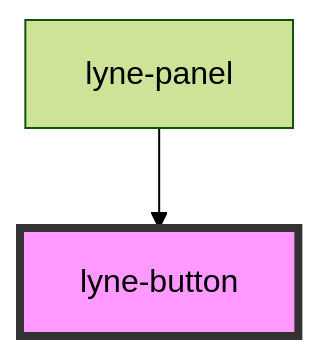
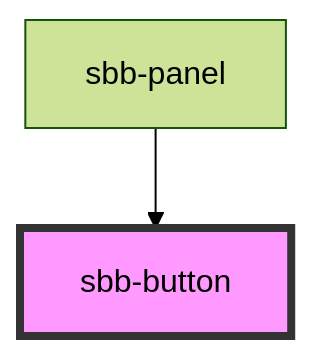
The diagram in src/components/sbb-button/readme.md (sbb-design-systems/lyne-components), drawn with Mermaid (forest theme) before and after one commit. The commit also changed other lines of this file and 348 other files, not shown here.

Commit message:
refactor: 'lyne' prefix renamed to 'sbb'

````diff
--- a/src/components/sbb-button/readme.md
+++ b/src/components/sbb-button/readme.md
@@ -40,5 +40,5 @@
 ```mermaid
 graph TD;
-  lyne-panel --> lyne-button
-  style lyne-button fill:#f9f,stroke:#333,stroke-width:4px
+  sbb-panel --> sbb-button
+  style sbb-button fill:#f9f,stroke:#333,stroke-width:4px
 ```
````
